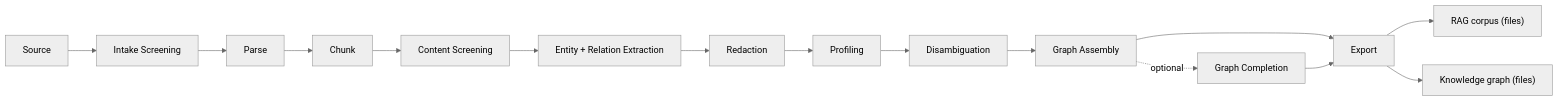
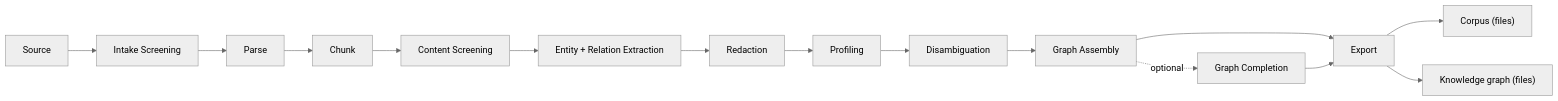
Before and after one commit to ddickmann/latence: the diagram in docs/index.md, drawn with Mermaid (neutral theme). The commit also changed other lines of this file and 7 other files, not shown here.

````diff
--- a/docs/index.md
+++ b/docs/index.md
@@ -31,14 +59,14 @@
 ```mermaid
 flowchart LR
     Source --> Intake["Intake Screening"] --> Parse --> Chunk --> Content["Content Screening"]
     Content --> Extract["Entity + Relation Extraction"]
     Extract --> Redaction
     Redaction --> Profiling
     Profiling --> Disambiguation
     Disambiguation --> Graph["Graph Assembly"]
     Graph -. optional .-> Completion["Graph Completion"]
     Graph --> Export
     Completion --> Export
-    Export --> Corpus["RAG corpus (files)"]
+    Export --> Corpus["Corpus (files)"]
     Export --> KG["Knowledge graph (files)"]
 ```
````
